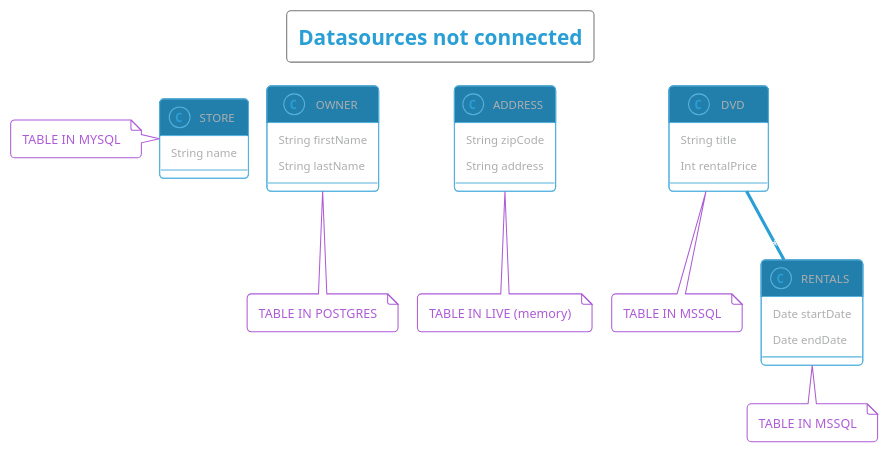
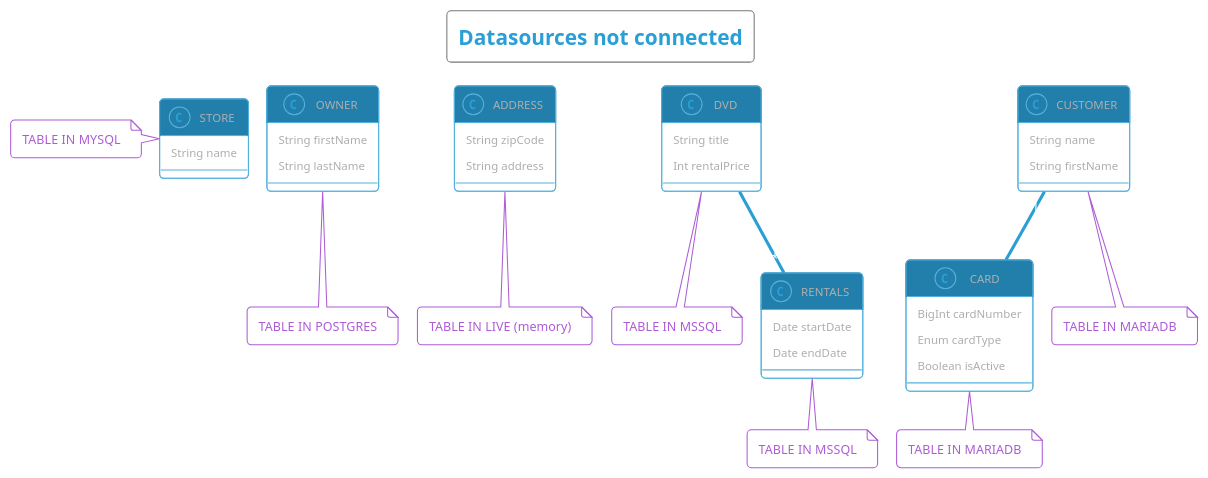
One commit to ForestAdmin/agent-nodejs changed the diagram in packages/_example/datasources.puml. Above: the diagram before and after it, drawn with PlantUML. The commit also changed 14 other files, not shown here.

```diff
--- a/packages/_example/datasources.puml
+++ b/packages/_example/datasources.puml
@@ -1,43 +1,57 @@
 @startuml
 !pragma layout smetana
 !theme cyborg-outline
 
 title: Datasources not connected
 
 class STORE {
   String name
 }
 class STORE
 note left: TABLE IN MYSQL
 
 class OWNER {
   String firstName
   String lastName
 }
 class OWNER
 note bottom: TABLE IN POSTGRES
 
 class ADDRESS {
   String zipCode
   String address
 }
 class ADDRESS
 note bottom: TABLE IN LIVE (memory)
 
 class DVD {
   String title
   Int rentalPrice
 }
 class DVD
 note bottom: TABLE IN MSSQL
 
 class RENTALS {
   Date startDate
   Date endDate
 }
 class RENTALS
 note bottom: TABLE IN MSSQL
 
+class CARD {
+  BigInt cardNumber
+  Enum cardType
+  Boolean isActive
+}
+note bottom: TABLE IN MARIADB
+
+class CUSTOMER {
+  String name
+  String firstName
+}
+note bottom: TABLE IN MARIADB
+
 DVD "*" -- "*" RENTALS : has
+CUSTOMER "1" -- "*" CARD : has
 
 @enduml
```
